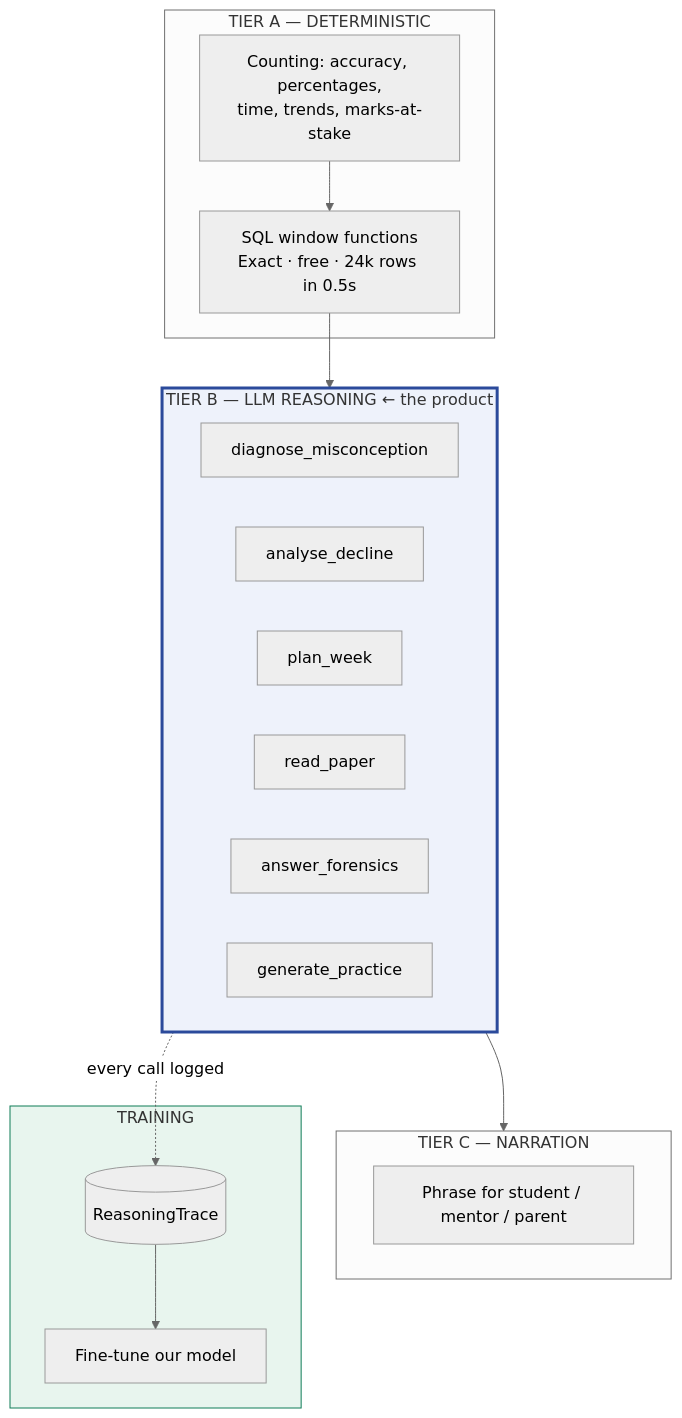
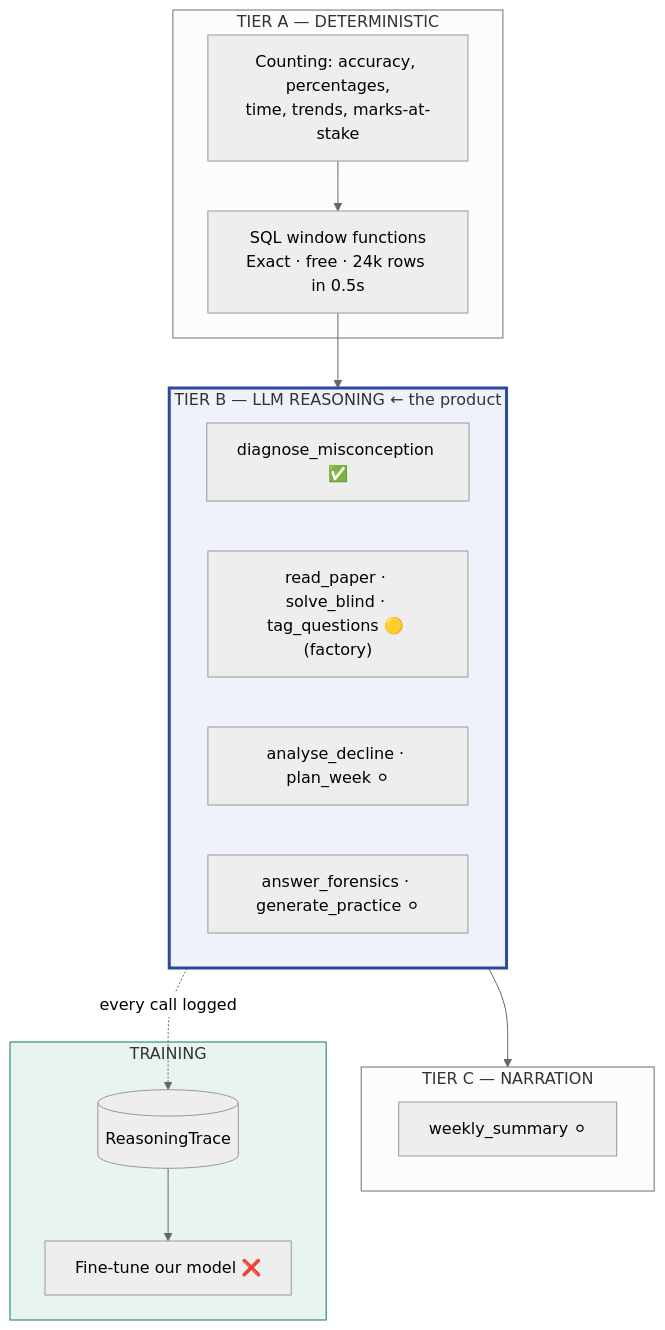
One commit to Anugrah619/Studeent-Ai changed the first of 5 diagrams in TECHNICAL_DOC.md. Above: the diagram before and after it, drawn with Mermaid (neutral theme). The commit also changed other lines of this file and 5 other files, not shown here.

````diff
--- a/TECHNICAL_DOC.md
+++ b/TECHNICAL_DOC.md
@@ -56,30 +64,28 @@
 ```mermaid
 graph TD
     subgraph A["TIER A — DETERMINISTIC"]
         A1["Counting: accuracy, percentages,<br/>time, trends, marks-at-stake"]
         A2["SQL window functions<br/>Exact · free · 24k rows in 0.5s"]
     end
     subgraph B["TIER B — LLM REASONING  ← the product"]
-        B1["diagnose_misconception"]
-        B2["analyse_decline"]
-        B3["plan_week"]
-        B4["read_paper"]
-        B5["answer_forensics"]
-        B6["generate_practice"]
+        B1["diagnose_misconception ✅"]
+        B2["read_paper · solve_blind · tag_questions 🟡 (factory)"]
+        B3["analyse_decline · plan_week ⚪"]
+        B4["answer_forensics · generate_practice ⚪"]
     end
     subgraph C["TIER C — NARRATION"]
-        C1["Phrase for student / mentor / parent"]
+        C1["weekly_summary ⚪"]
     end
     subgraph T["TRAINING"]
         T1[("ReasoningTrace")]
-        T2["Fine-tune our model"]
+        T2["Fine-tune our model ❌"]
     end
 
     A1 --> A2 --> B
     B --> C
     B -.every call logged.-> T1
     T1 --> T2
 
     style B fill:#eef2fb,stroke:#2B4A9B,stroke-width:3px
     style T fill:#e8f5ee,stroke:#0E7C57
 ```
````
